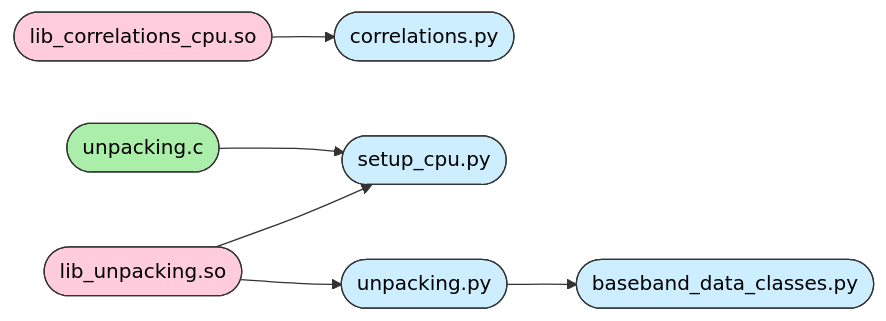
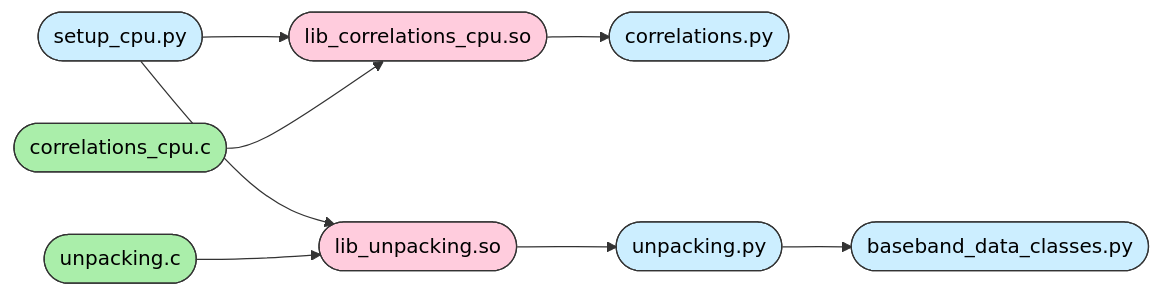
One commit to ALBATROS-Experiment/albatros_analysis changed the diagram in correlations/README.md. Above: the diagram before and after it, drawn with Mermaid. The commit also changed 13 other files, not shown here.

````diff
--- a/correlations/README.md
+++ b/correlations/README.md
@@ -6,22 +5,29 @@
 ```mermaid
 graph LR
-  so_corr([lib_correlations_cpu.so])
-  --> py_corr([correlations.py])
+    so_corr([lib_correlations_cpu.so])
+    --> py_corr([correlations.py])
 
-  so_unpk
-  --> py_setup
-  c_unpack([unpacking.c])
-  --> py_setup([setup_cpu.py])
+    py_setup([setup_cpu.py])
+    --> so_unpk
+    py_setup([setup_cpu.py])
+    --> so_corr
 
-  so_unpk([lib_unpacking.so])
-  --> py_unpk([unpacking.py])
-  --> py_base([baseband_data_classes.py])
+    c_unpack([unpacking.c])
+    --> so_unpk
 
-  style py_corr fill:#cef,stroke:#333,color:#000;
-  style py_setup fill:#cef,stroke:#333,color:#000;
-  style py_base fill:#cef,stroke:#333,color:#000;
-  style py_unpk fill:#cef,stroke:#333,color:#000;
-  style c_unpack fill:#aea,stroke:#333,color:#000;
-  style so_corr fill:#fcd,stroke:#333,color:#000;
-  style so_unpk fill:#fcd,stroke:#333,color:#000;
+    c_corr([correlations_cpu.c])
+    --> so_corr
+
+    so_unpk([lib_unpacking.so])
+    --> py_unpk([unpacking.py])
+    --> py_base([baseband_data_classes.py])
+
+    style py_corr fill:#cef,stroke:#333,color:#000;
+    style py_setup fill:#cef,stroke:#333,color:#000;
+    style py_base fill:#cef,stroke:#333,color:#000;
+    style py_unpk fill:#cef,stroke:#333,color:#000;
+    style c_unpack fill:#aea,stroke:#333,color:#000;
+    style c_corr fill:#aea,stroke:#333,color:#000;
+    style so_corr fill:#fcd,stroke:#333,color:#000;
+    style so_unpk fill:#fcd,stroke:#333,color:#000;
 ```
````
